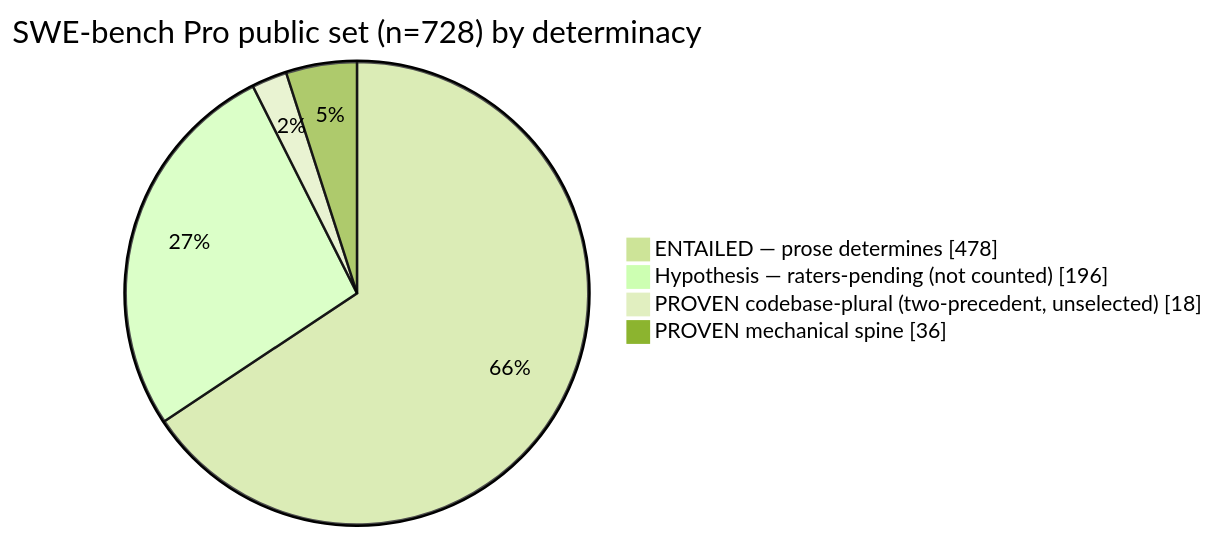
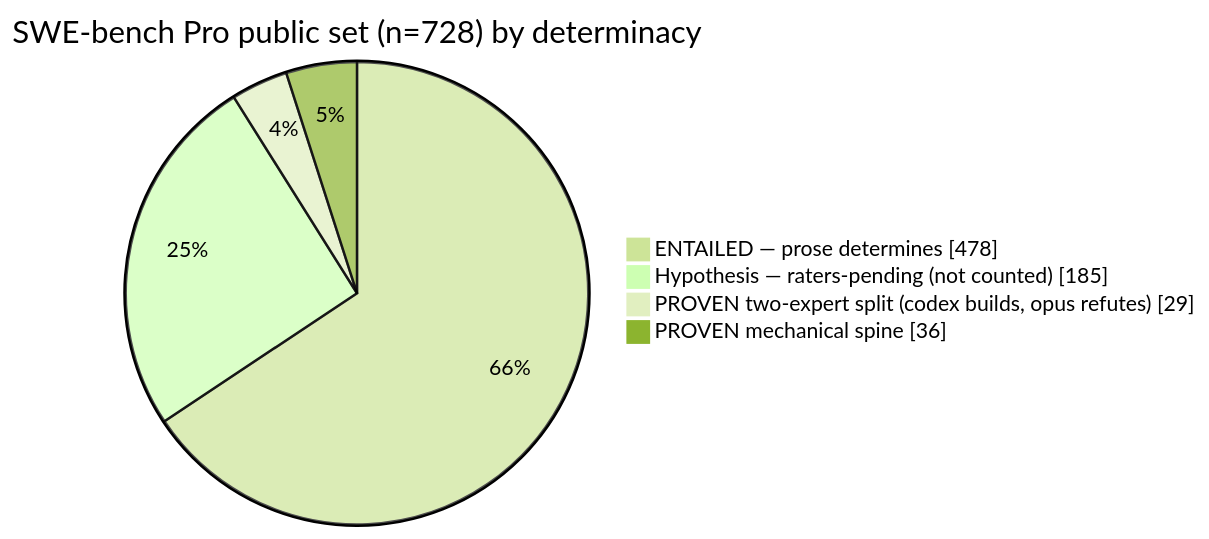
The diagram in README.md (kimjune01/swebench-pro-audit), drawn with Mermaid (forest theme) before and after one commit. The commit also changed other lines of this file, not shown here.

First line of the commit message:
README: rewrite to two-expert standard (18/7.4% -> 29/8.9%)

````diff
--- a/README.md
+++ b/README.md
@@ -70,7 +70,7 @@
 ```mermaid
 pie showData title SWE-bench Pro public set (n=728) by determinacy
     "ENTAILED — prose determines" : 478
-    "Hypothesis — raters-pending (not counted)" : 196
-    "PROVEN codebase-plural (two-precedent, unselected)" : 18
+    "Hypothesis — raters-pending (not counted)" : 185
+    "PROVEN two-expert split (codex builds, opus refutes)" : 29
     "PROVEN mechanical spine" : 36
 ```
````
